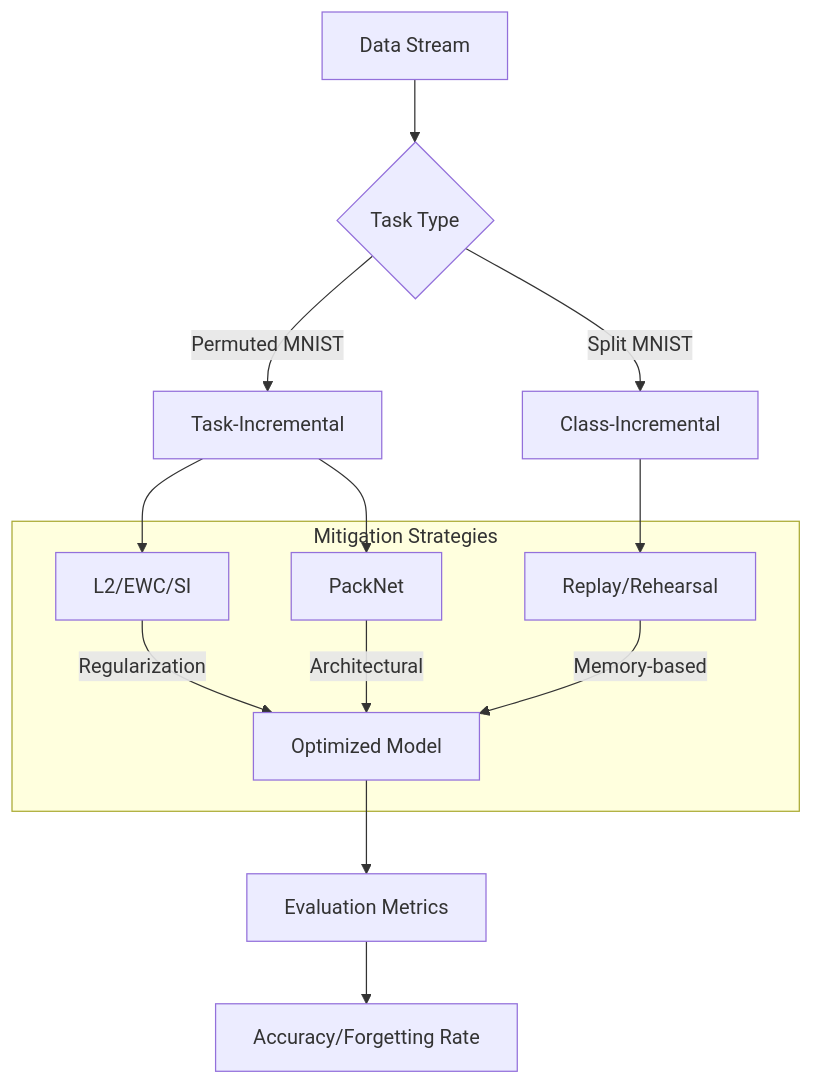
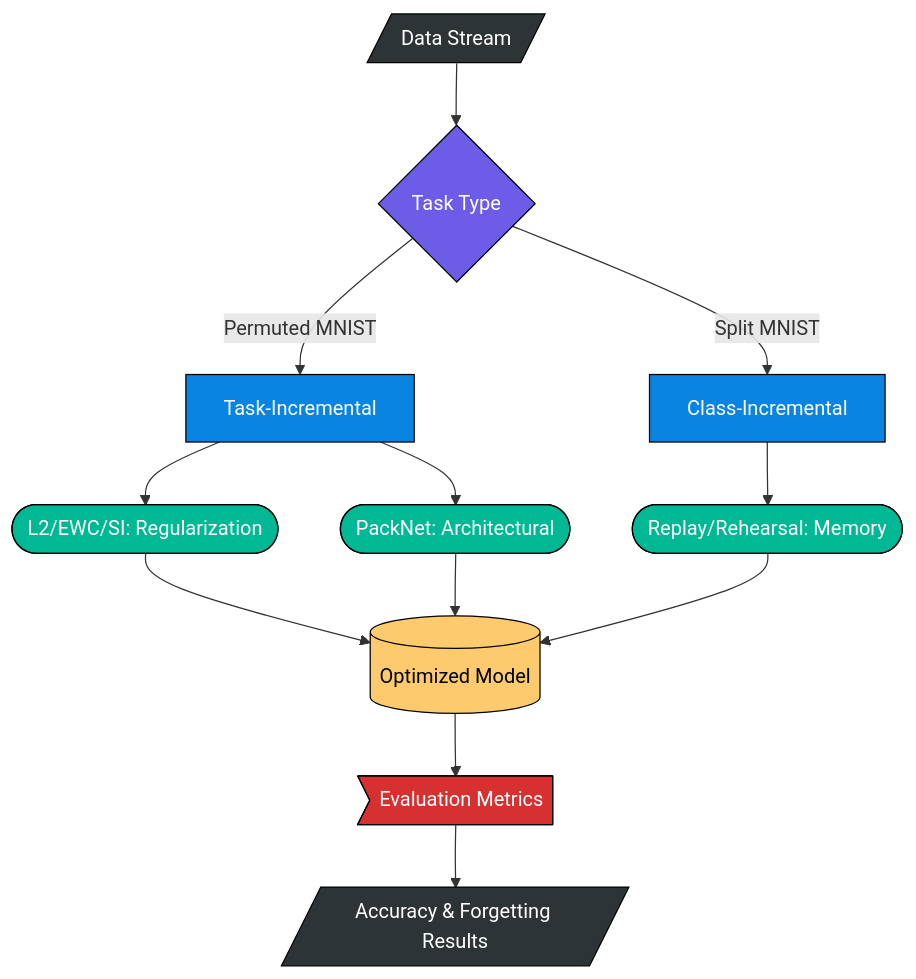
Before and after one commit to aniketqxp/catastrophic-forgetting-mitigation: the diagram in README.md, drawn with Mermaid. The commit also changed other lines of this file and 18 other files, not shown here.

````diff
--- a/README.md
+++ b/README.md
@@ -17,19 +17,30 @@
 ```mermaid
 graph TD
-    A[Data Stream] --> B{Task Type}
-    B -- Permuted MNIST --> C[Task-Incremental]
-    B -- Split MNIST --> D[Class-Incremental]
+    %% Node Definitions
+    A[/Data Stream/] --> B{Task Type}
+    B -->|Permuted MNIST| C[Task-Incremental]
+    B -->|Split MNIST| D[Class-Incremental]
     
-    subgraph Mitigation Strategies
-        E[L2/EWC/SI] --> |Regularization| G[Optimized Model]
-        F[PackNet] --> |Architectural| G
-        H[Replay/Rehearsal] --> |Memory-based| G
-    end
+    C --> E([L2/EWC/SI: Regularization])
+    C --> F([PackNet: Architectural])
+    D --> H([Replay/Rehearsal: Memory])
     
-    C --> E
-    C --> F
-    D --> H
+    E --> G[(Optimized Model)]
+    F --> G
+    H --> G
     
-    G --> I[Evaluation Metrics]
-    I --> J[Accuracy/Forgetting Rate]
+    G --> I>Evaluation Metrics]
+    I --> J[/Accuracy & Forgetting Results/]
+
+    %% Styling
+    style A fill:#2d3436,stroke:#000,color:#fff
+    style B fill:#6c5ce7,stroke:#000,color:#fff
+    style C fill:#0984e3,stroke:#000,color:#fff
+    style D fill:#0984e3,stroke:#000,color:#fff
+    style E fill:#00b894,stroke:#000,color:#fff
+    style F fill:#00b894,stroke:#000,color:#fff
+    style H fill:#00b894,stroke:#000,color:#fff
+    style G fill:#fdcb6e,stroke:#000,color:#000
+    style I fill:#d63031,stroke:#000,color:#fff
+    style J fill:#2d3436,stroke:#000,color:#fff
 ```
````
